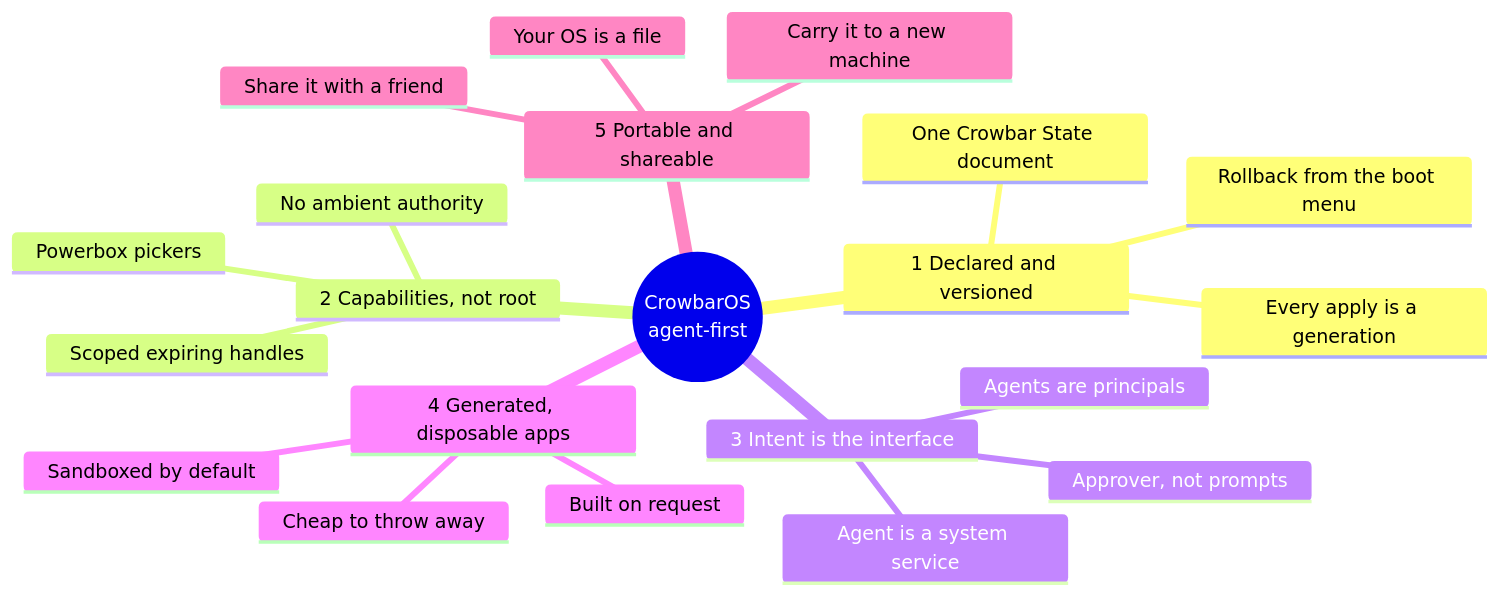
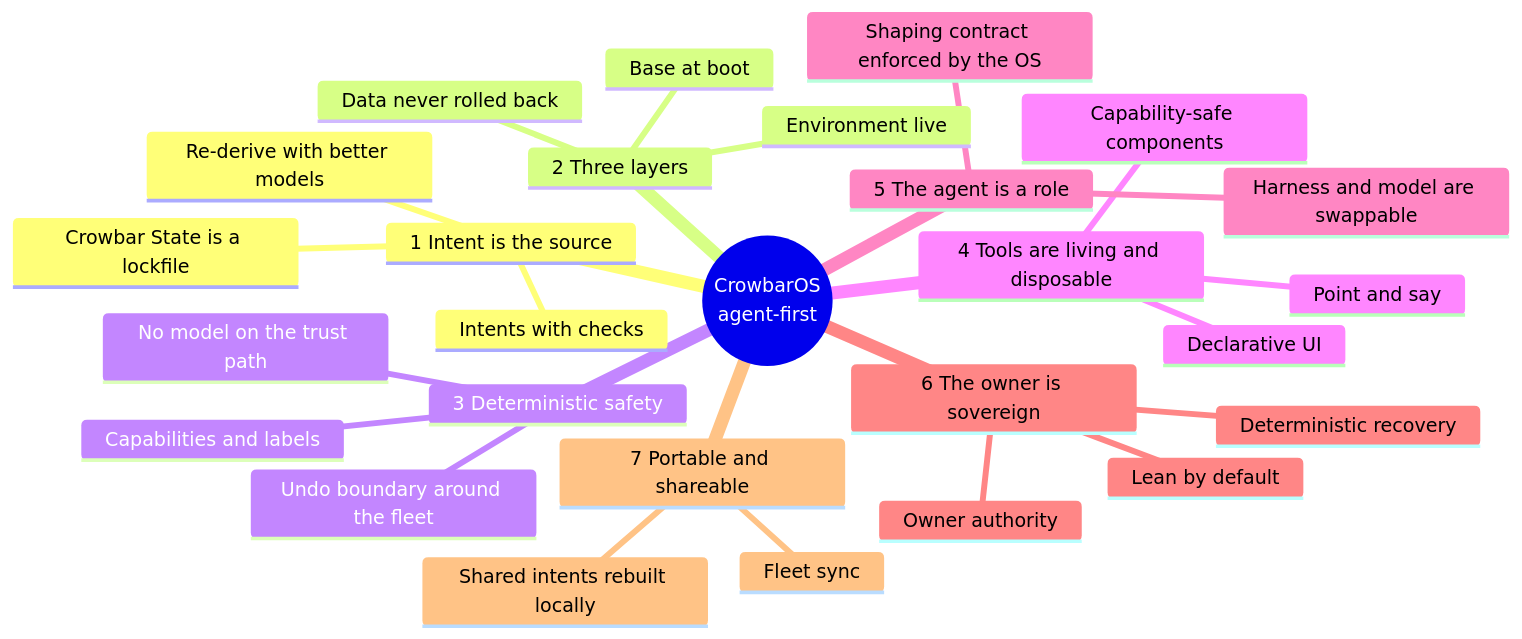
Before and after one commit to crowbaros/crowbaros: the second of 5 diagrams in docs/agent-first/VISION.md, drawn with Mermaid. The commit also changed other lines of this file and 14 other files, not shown here.

````diff
--- a/docs/agent-first/VISION.md
+++ b/docs/agent-first/VISION.md
@@ -42,24 +51,30 @@
 ```mermaid
 mindmap
   root((CrowbarOS<br/>agent-first))
-    1 Declared and versioned
-      One Crowbar State document
-      Every apply is a generation
-      Rollback from the boot menu
-    2 Capabilities, not root
-      No ambient authority
-      Scoped expiring handles
-      Powerbox pickers
-    3 Intent is the interface
-      Agent is a system service
-      Agents are principals
-      Approver, not prompts
-    4 Generated, disposable apps
-      Built on request
-      Sandboxed by default
-      Cheap to throw away
-    5 Portable and shareable
-      Your OS is a file
-      Carry it to a new machine
-      Share it with a friend
+    1 Intent is the source
+      Intents with checks
+      Crowbar State is a lockfile
+      Re-derive with better models
+    2 Three layers
+      Base at boot
+      Environment live
+      Data never rolled back
+    3 Deterministic safety
+      Undo boundary around the fleet
+      Capabilities and labels
+      No model on the trust path
+    4 Tools are living and disposable
+      Capability-safe components
+      Declarative UI
+      Point and say
+    5 The agent is a role
+      Harness and model are swappable
+      Shaping contract enforced by the OS
+    6 The owner is sovereign
+      Owner authority
+      Lean by default
+      Deterministic recovery
+    7 Portable and shareable
+      Fleet sync
+      Shared intents rebuilt locally
 ```
````
